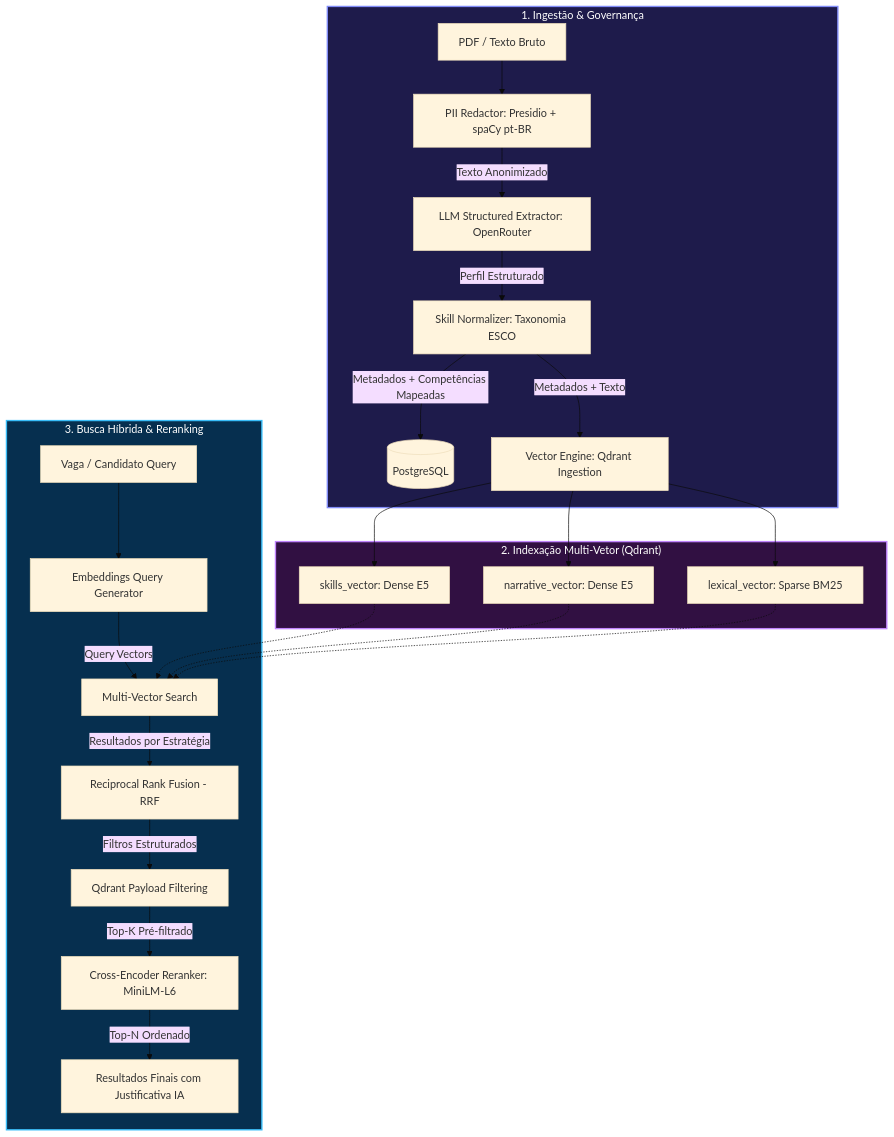
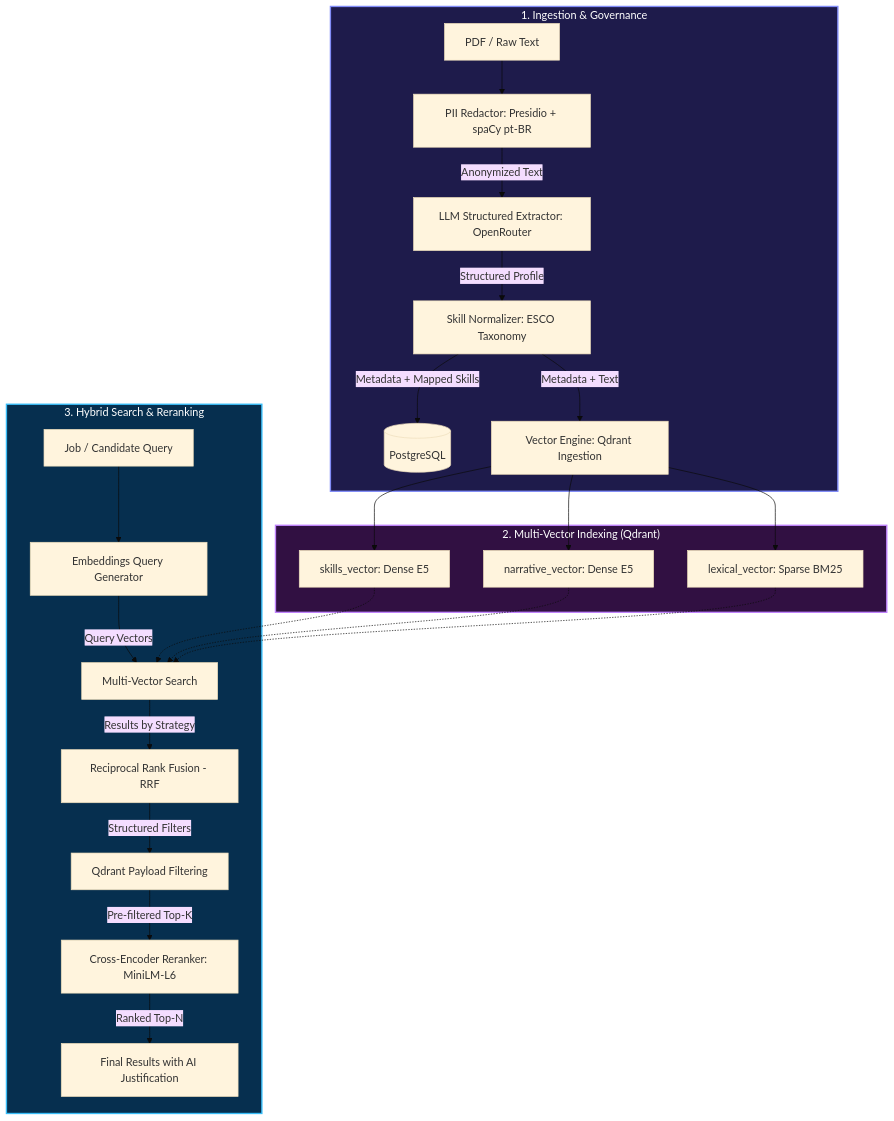
Before and after one commit to luccapinto/resume_ranker: the diagram in README.md, drawn with Mermaid (base theme). The commit also changed other lines of this file, not shown here.

````diff
--- a/README.md
+++ b/README.md
@@ -46,30 +46,30 @@
 ```mermaid
 graph TD
-    subgraph Ingestao ["1. Ingestão & Governança"]
-        A[PDF / Texto Bruto] --> B[PII Redactor: Presidio + spaCy pt-BR]
-        B -->|Texto Anonimizado| C[LLM Structured Extractor: OpenRouter]
-        C -->|Perfil Estruturado| D[Skill Normalizer: Taxonomia ESCO]
-        D -->|Metadados + Competências Mapeadas| E[(PostgreSQL)]
-        D -->|Metadados + Texto| F[Vector Engine: Qdrant Ingestion]
+    subgraph Ingestao ["1. Ingestion & Governance"]
+        A[PDF / Raw Text] --> B[PII Redactor: Presidio + spaCy pt-BR]
+        B -->|Anonymized Text| C[LLM Structured Extractor: OpenRouter]
+        C -->|Structured Profile| D[Skill Normalizer: ESCO Taxonomy]
+        D -->|Metadata + Mapped Skills| E[(PostgreSQL)]
+        D -->|Metadata + Text| F[Vector Engine: Qdrant Ingestion]
     end
 
-    subgraph Indexacao ["2. Indexação Multi-Vetor (Qdrant)"]
+    subgraph Indexacao ["2. Multi-Vector Indexing (Qdrant)"]
         F --> G[skills_vector: Dense E5]
         F --> H[narrative_vector: Dense E5]
         F --> I[lexical_vector: Sparse BM25]
     end
 
-    subgraph Busca ["3. Busca Híbrida & Reranking"]
-        J[Vaga / Candidato Query] --> K[Embeddings Query Generator]
+    subgraph Busca ["3. Hybrid Search & Reranking"]
+        J[Job / Candidate Query] --> K[Embeddings Query Generator]
         K -->|Query Vectors| L[Multi-Vector Search]
         G & H & I -.-> L
-        L -->|Resultados por Estratégia| M[Reciprocal Rank Fusion - RRF]
-        M -->|Filtros Estruturados| N[Qdrant Payload Filtering]
-        N -->|Top-K Pré-filtrado| O[Cross-Encoder Reranker: MiniLM-L6]
-        O -->|Top-N Ordenado| P[Resultados Finais com Justificativa IA]
+        L -->|Results by Strategy| M[Reciprocal Rank Fusion - RRF]
+        M -->|Structured Filters| N[Qdrant Payload Filtering]
+        N -->|Pre-filtered Top-K| O[Cross-Encoder Reranker: MiniLM-L6]
+        O -->|Ranked Top-N| P[Final Results with AI Justification]
     end
 
     style Ingestao fill:#1e1b4b,stroke:#818cf8,stroke-width:2px,color:#fff
     style Indexacao fill:#311042,stroke:#c084fc,stroke-width:2px,color:#fff
     style Busca fill:#062f4f,stroke:#38bdf8,stroke-width:2px,color:#fff
 ```
````
